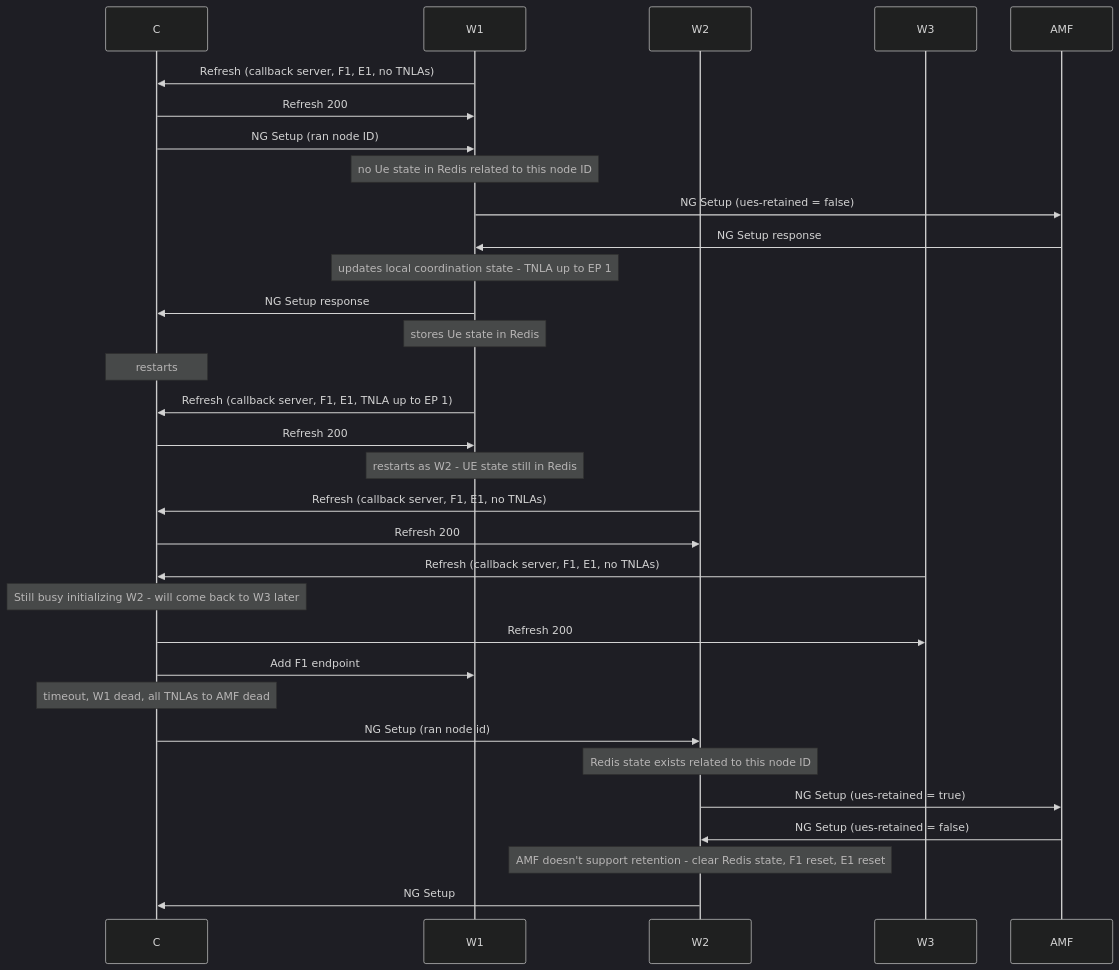
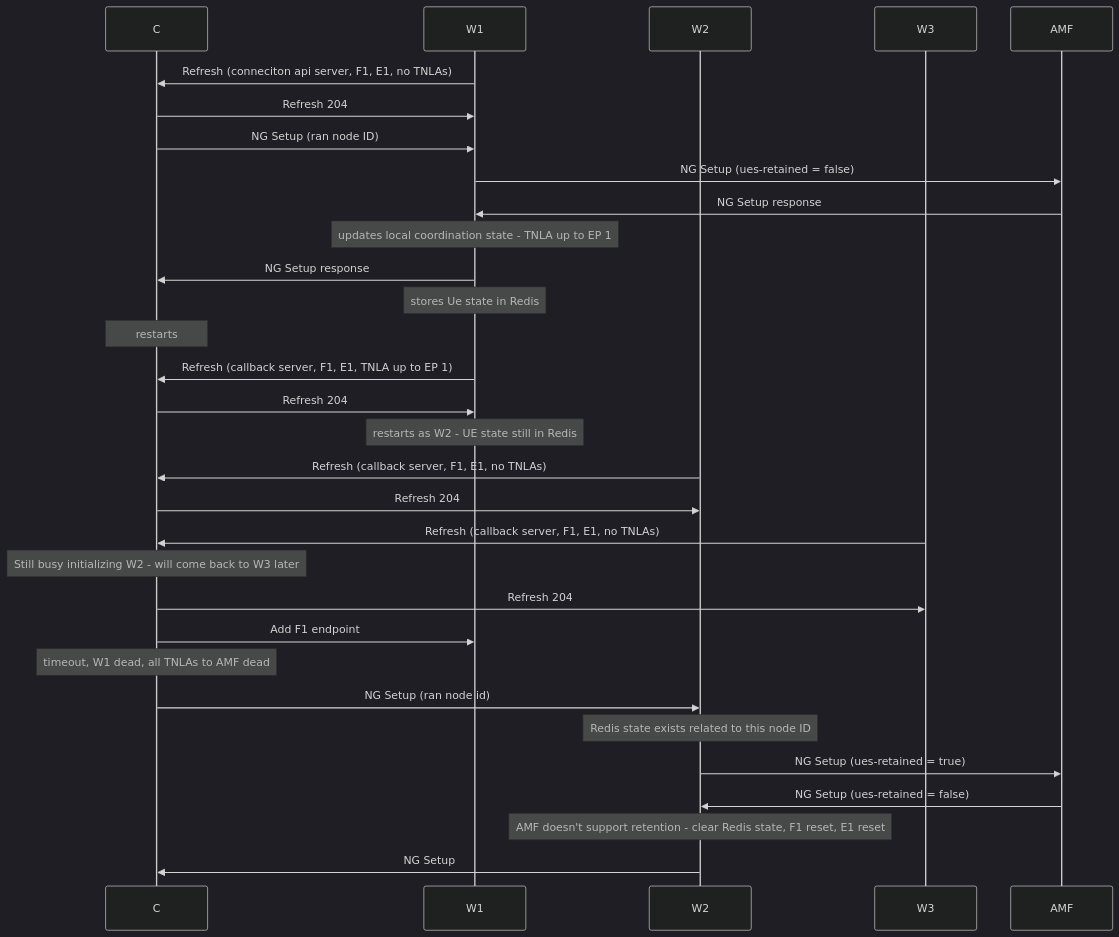
One commit to nplrkn/alsoran changed the first of 2 diagrams in documentation/design/Connection Management notes.md. Above: the diagram before and after it, drawn with Mermaid (dark theme). The commit also changed other lines of this file and 45 other files, not shown here.

````diff
--- a/documentation/design/Connection Management notes.md
+++ b/documentation/design/Connection Management notes.md
@@ -124,34 +123,33 @@
 ```mermaid
 sequenceDiagram
   participant C
   participant W1
   participant W2
   participant W3
   participant AMF
-  W1->>C: Refresh (callback server, F1, E1, no TNLAs)
-  C->>W1: Refresh 200
+  W1->>C: Refresh (conneciton api server, F1, E1, no TNLAs)
+  C->>W1: Refresh 204
   C->>W1: NG Setup (ran node ID)
-  note over W1: no Ue state in Redis related to this node ID
   W1->>AMF: NG Setup (ues-retained = false)
   AMF->>W1: NG Setup response
   note over W1: updates local coordination state - TNLA up to EP 1
   W1->>C: NG Setup response
   note over W1: stores Ue state in Redis
   note over C: restarts 
   W1->>C: Refresh (callback server, F1, E1, TNLA up to EP 1)
-  C->>W1: Refresh 200
+  C->>W1: Refresh 204
   note over W1: restarts as W2 - UE state still in Redis
   W2->>C: Refresh (callback server, F1, E1, no TNLAs)
-  C->>W2: Refresh 200
+  C->>W2: Refresh 204
   W3->>C: Refresh (callback server, F1, E1, no TNLAs)
   note over C: Still busy initializing W2 - will come back to W3 later
-  C->>W3: Refresh 200
+  C->>W3: Refresh 204
   C->>W1: Add F1 endpoint
   note over C: timeout, W1 dead, all TNLAs to AMF dead
   C->>W2: NG Setup (ran node id)
   note over W2: Redis state exists related to this node ID
   W2->>AMF: NG Setup (ues-retained = true)
   AMF->>W2: NG Setup (ues-retained = false)
   note over W2: AMF doesn't support retention - clear Redis state, F1 reset, E1 reset
   W2->>C: NG Setup
 ```
````
